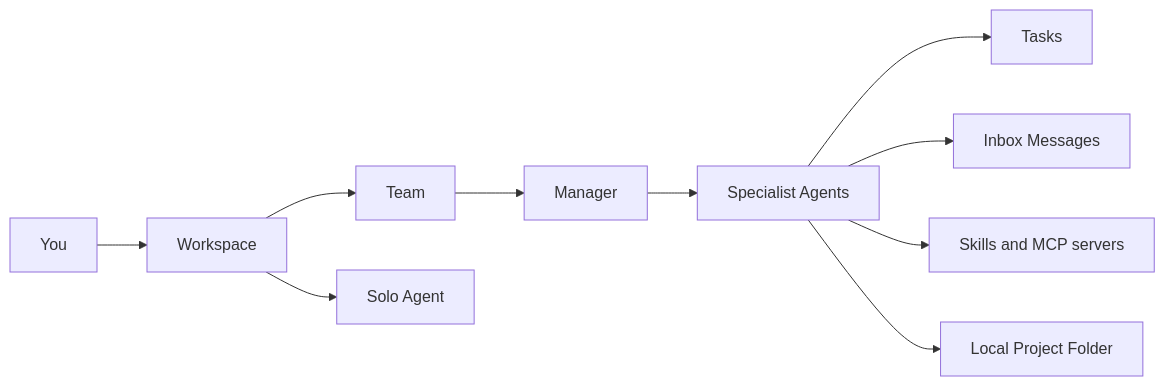
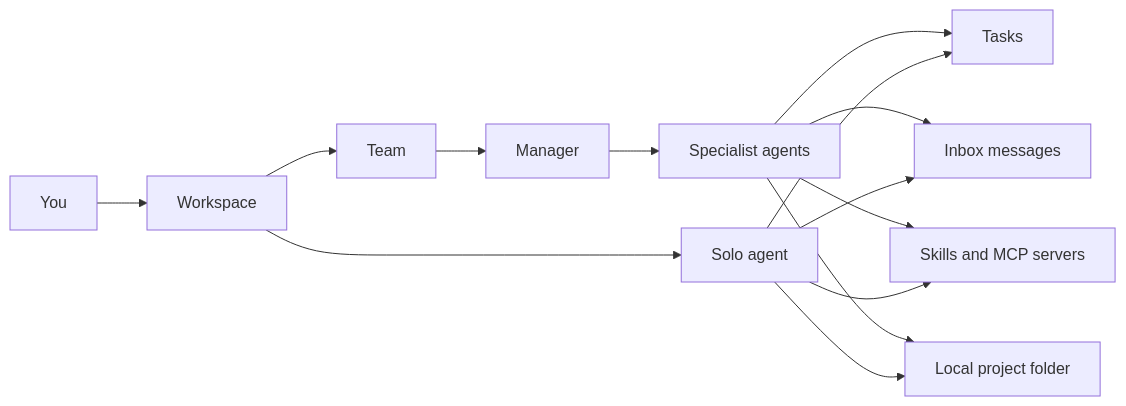
The diagram in features/overview.mdx (Syndicate-Labs-Inc/docs), drawn with Mermaid before and after one commit. The commit also changed other lines of this file and 5 other files, not shown here.

````diff
--- a/features/overview.mdx
+++ b/features/overview.mdx
@@ -33,12 +58,16 @@
 ```mermaid
 flowchart LR
   User["You"] --> Workspace["Workspace"]
   Workspace --> Team["Team"]
-  Workspace --> Solo["Solo Agent"]
+  Workspace --> Solo["Solo agent"]
   Team --> Manager["Manager"]
-  Manager --> Agents["Specialist Agents"]
+  Manager --> Agents["Specialist agents"]
   Agents --> Tasks["Tasks"]
-  Agents --> Inbox["Inbox Messages"]
+  Agents --> Inbox["Inbox messages"]
   Agents --> Tools["Skills and MCP servers"]
-  Agents --> Project["Local Project Folder"]
+  Agents --> Project["Local project folder"]
+  Solo --> Tasks
+  Solo --> Inbox
+  Solo --> Tools
+  Solo --> Project
 ```
````
